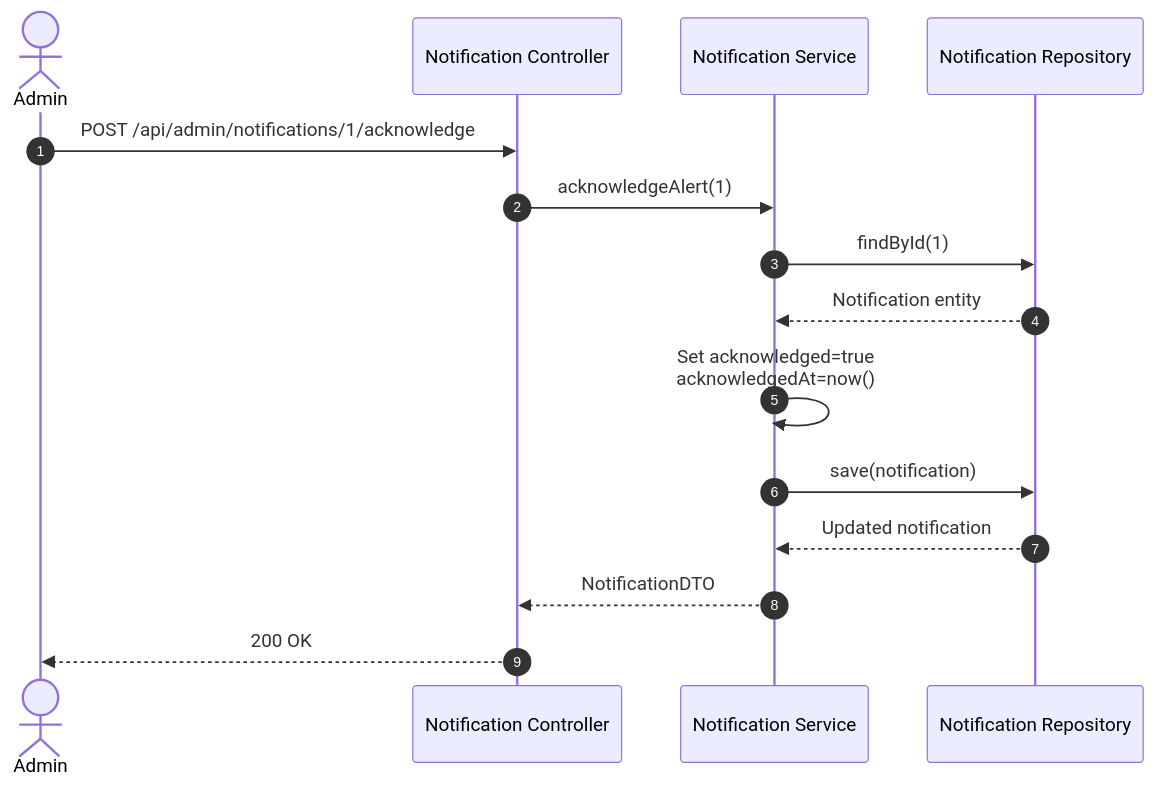
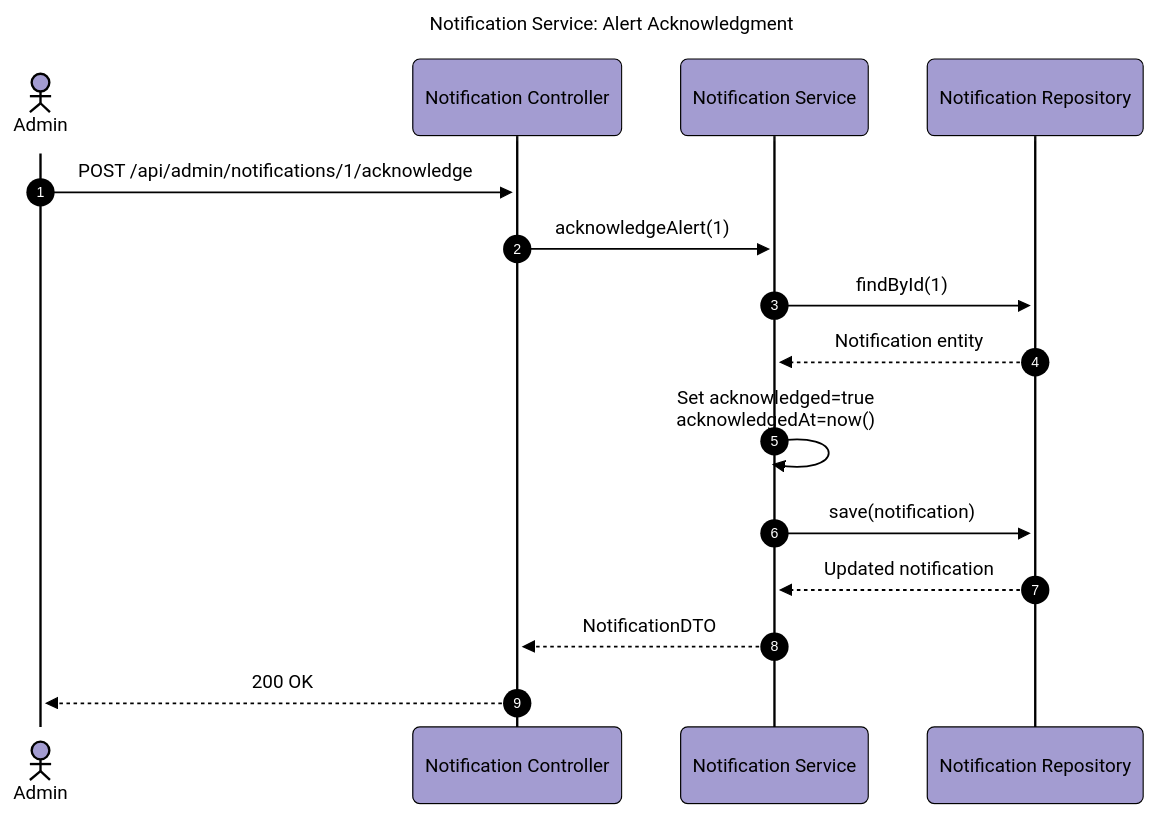
One commit to BrunoGil-AS/Vending-Machine-Microservices changed the eighth of 8 diagrams in Documentation/diagrams/notification-service.md. Above: the diagram before and after it, drawn with Mermaid. The commit also changed other lines of this file and 7 other files, not shown here.

Commit message:
docs: Update service diagrams with new configurations and titles

````diff
--- a/Documentation/diagrams/notification-service.md
+++ b/Documentation/diagrams/notification-service.md
@@ -282,21 +380,35 @@
 ```mermaid
+---
+config:
+  theme: base
+  themeVariables:
+    primaryColor: '#a39cd1ff'
+    primaryTextColor: '#000000'
+    secondaryTextColor: '#ffffffff'
+    primaryBorderColor: '#000000'
+    lineColor: '#000000ff'
+    secondaryColor: '#90b590ff'
+    tertiaryColor: '#f9f6a1ff'
+  look: neo
+title: 'Notification Service: Alert Acknowledgment'
+---
 sequenceDiagram
     autonumber
     actor Admin
     participant Controller as Notification Controller
     participant Service as Notification Service
     participant Repo as Notification Repository
 
     Admin->>Controller: POST /api/admin/notifications/1/acknowledge
     Controller->>Service: acknowledgeAlert(1)
 
     Service->>Repo: findById(1)
     Repo-->>Service: Notification entity
 
     Service->>Service: Set acknowledged=true<br/>acknowledgedAt=now()
     Service->>Repo: save(notification)
     Repo-->>Service: Updated notification
 
     Service-->>Controller: NotificationDTO
     Controller-->>Admin: 200 OK
 ```
````
